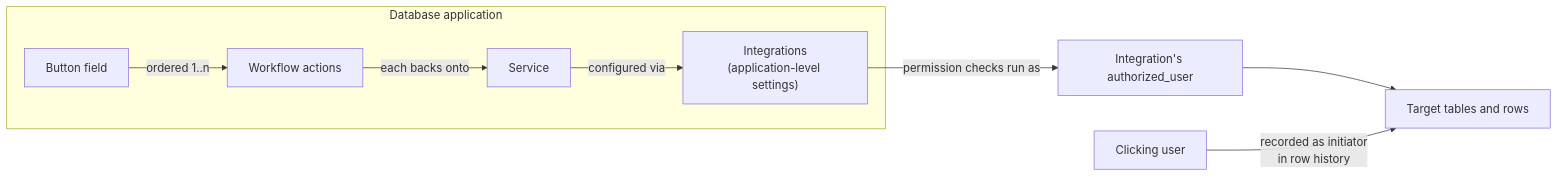
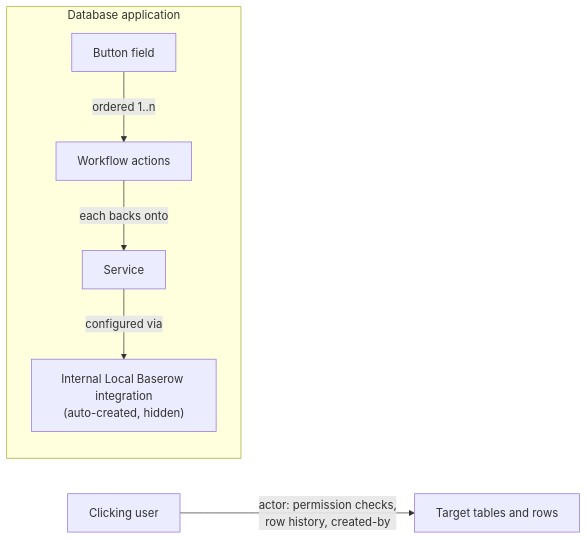
One commit to baserow/baserow changed the third of 4 diagrams in docs/decisions/006-button-field-workflow-actions.md. Above: the diagram before and after it, drawn with Mermaid. The commit also changed other lines of this file, not shown here.

First line of the commit message:
docs: rework button field ADR to run actions as the clicking user

````diff
--- a/docs/decisions/006-button-field-workflow-actions.md
+++ b/docs/decisions/006-button-field-workflow-actions.md
@@ -191,12 +212,10 @@
 ```mermaid
 flowchart LR
     subgraph app ["Database application"]
         BF["Button field"] -->|ordered 1..n| WA["Workflow actions"]
         WA -->|each backs onto| S["Service"]
-        I["Integrations<br/>(application-level settings)"]
+        I["Internal Local Baserow integration<br/>(auto-created, hidden)"]
     end
     S -->|configured via| I
-    I -->|permission checks run as| AU["Integration's authorized_user"]
-    AU --> T["Target tables and rows"]
-    U["Clicking user"] -->|recorded as initiator<br/>in row history| T
+    U["Clicking user"] -->|actor: permission checks,<br/>row history, created-by| T["Target tables and rows"]
 ```
````
